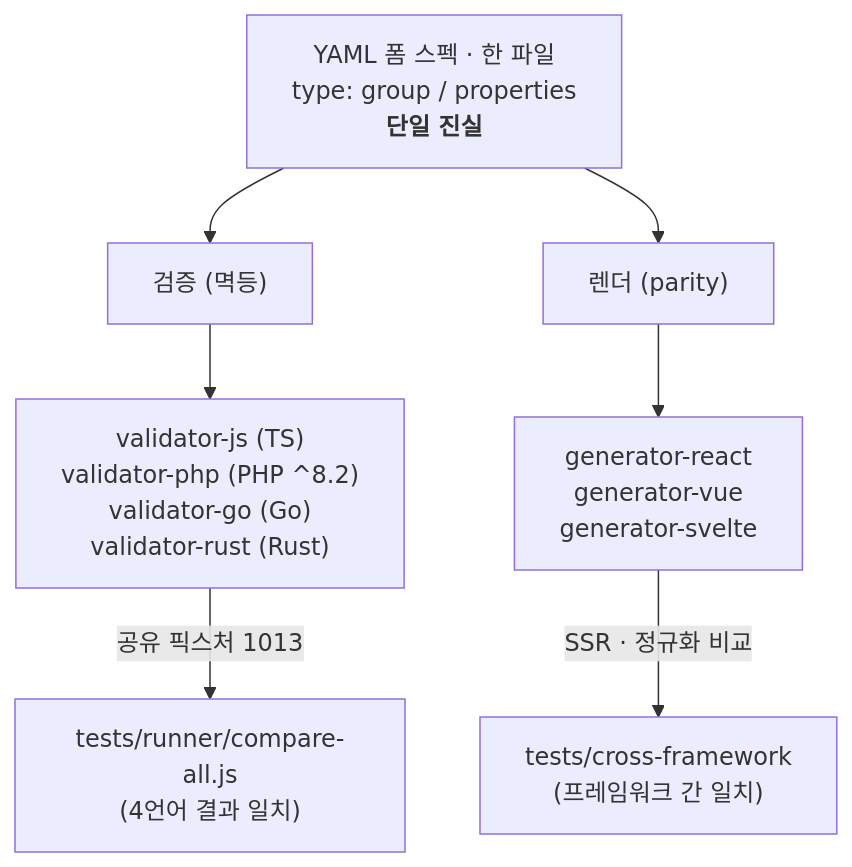
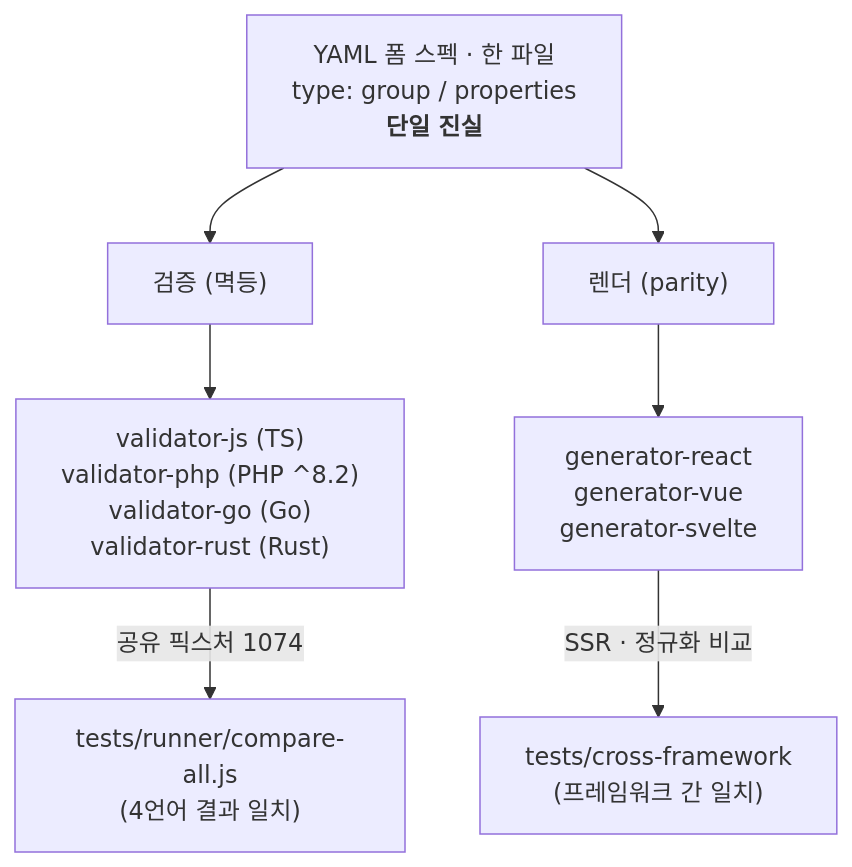
The diagram in docs/index.md (polyspec/crudui), drawn with Mermaid before and after one commit. The commit also changed other lines of this file and 8 other files, not shown here.

````diff
--- a/docs/index.md
+++ b/docs/index.md
@@ -37,10 +37,10 @@
 ```mermaid
 flowchart TD
     spec["YAML 폼 스펙 · 한 파일<br/>type: group / properties<br/><b>단일 진실</b>"]
     spec --> V["검증 (멱등)"]
     spec --> R["렌더 (parity)"]
     V --> VL["validator-js (TS)<br/>validator-php (PHP ^8.2)<br/>validator-go (Go)<br/>validator-rust (Rust)"]
     R --> RL["generator-react<br/>generator-vue<br/>generator-svelte"]
-    VL -->|"공유 픽스처 1013"| CMP["tests/runner/compare-all.js<br/>(4언어 결과 일치)"]
+    VL -->|"공유 픽스처 1074"| CMP["tests/runner/compare-all.js<br/>(4언어 결과 일치)"]
     RL -->|"SSR · 정규화 비교"| G["tests/cross-framework<br/>(프레임워크 간 일치)"]
 ```
````
